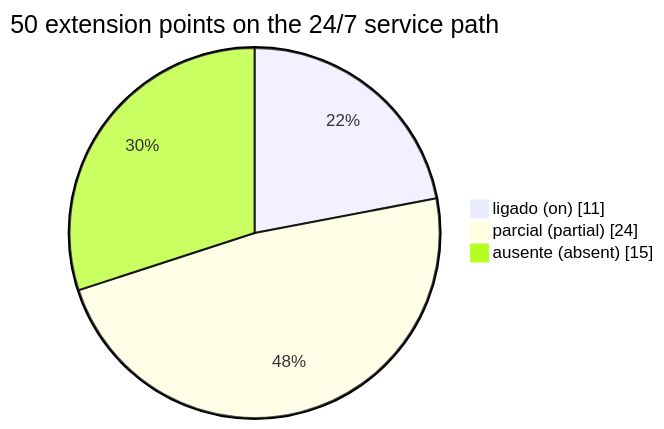
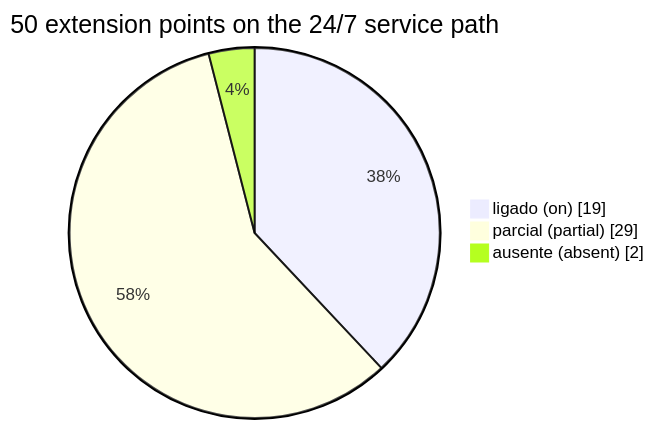
Diagram 14 of 16 in docs/GUIDE.md (simpletibr/simplicio-loop), drawn with Mermaid before and after one commit. The commit also changed other lines of this file and 17 other files, not shown here.

````diff
--- a/docs/GUIDE.md
+++ b/docs/GUIDE.md
@@ -713,6 +713,6 @@
 ```mermaid
 pie showData title 50 extension points on the 24/7 service path
-  "ligado (on)" : 11
-  "parcial (partial)" : 24
-  "ausente (absent)" : 15
+  "ligado (on)" : 19
+  "parcial (partial)" : 29
+  "ausente (absent)" : 2
 ```
````
